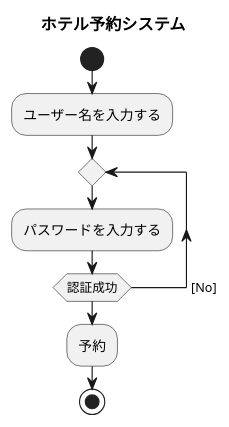
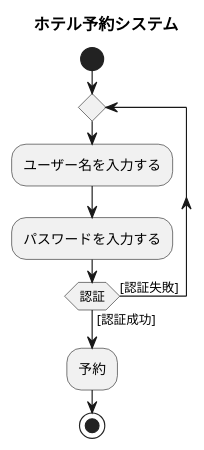
One commit to koha0516/uml-introduction changed the diagram in 演習7-1_AC_ホテル宿泊予約システムで予約.pu. Above: the diagram before and after it, drawn with PlantUML.

Commit message:
修正

```diff
--- a/演習7-1_AC_ホテル宿泊予約システムで予約.pu
+++ b/演習7-1_AC_ホテル宿泊予約システムで予約.pu
@@ -1,10 +1,10 @@
 @startuml アクティビティ図
 title ホテル予約システム
 start
+repeat
 :ユーザー名を入力する;
-repeat
 :パスワードを入力する;
-repeat while (認証成功) -> [No]
-:予約;
-stop
+repeat while (認証) is ([認証失敗]) not ([認証成功])
+:予約; 
+stop 
 @enduml
```
